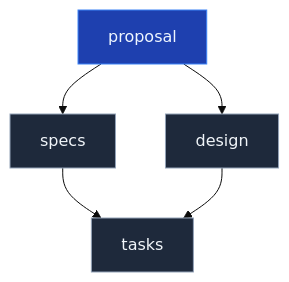
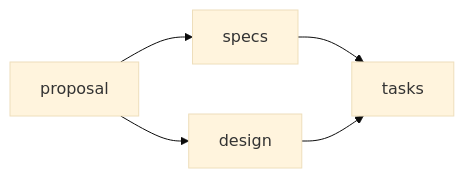
Before and after one commit to Gepardec/openspec-workshop: the diagram in slides/pages/02-phases-documents.md, drawn with Mermaid (base theme). The commit also changed other lines of this file and 43 other files, not shown here.

````diff
--- a/slides/pages/02-phases-documents.md
+++ b/slides/pages/02-phases-documents.md
@@ -122,12 +235,7 @@
 ```mermaid
-flowchart TD
+flowchart LR
     proposal --> specs
     proposal --> design
     specs --> tasks
     design --> tasks
-
-    style proposal fill:#1e40af,stroke:#3b82f6,color:#eff6ff
-    style specs   fill:#1e293b,stroke:#94a3b8,color:#f1f5f9
-    style tasks   fill:#1e293b,stroke:#94a3b8,color:#f1f5f9
-    style design  fill:#1e293b,stroke:#94a3b8,color:#f1f5f9
 ```
````
